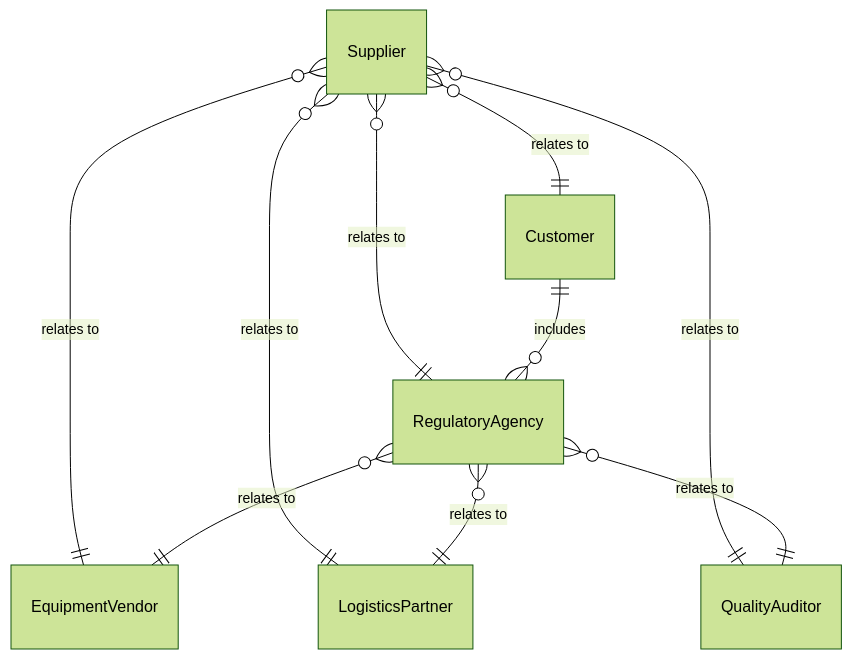
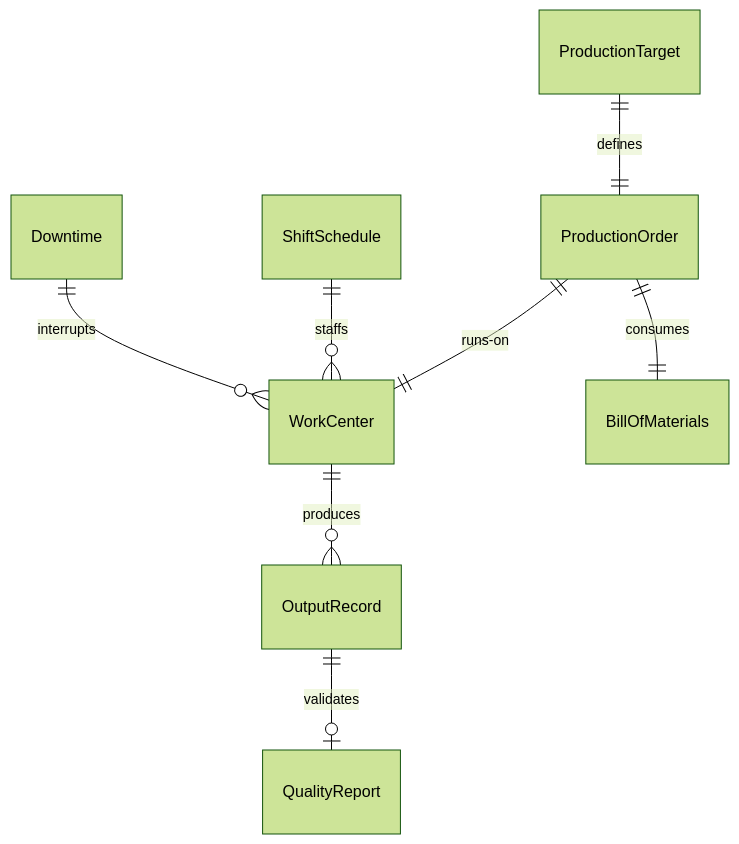
One commit to dot-org-ai/tasks.org.ai changed the first of 4 diagrams in GuidingDirectingAndMotivatingSubordinates/DirectOrganizationalOperationsActivitiesOrProcedures/DirectOperationalProductionActivities.mdx. Above: the diagram before and after it, drawn with Mermaid (forest theme). The commit also changed other lines of this file and 515 other files, not shown here.

````diff
--- a/GuidingDirectingAndMotivatingSubordinates/DirectOrganizationalOperationsActivitiesOrProcedures/DirectOperationalProductionActivities.mdx
+++ b/GuidingDirectingAndMotivatingSubordinates/DirectOrganizationalOperationsActivitiesOrProcedures/DirectOperationalProductionActivities.mdx
@@ -95,12 +95,10 @@
 ```mermaid
 erDiagram
-    Supplier }o--|| Customer : "relates to"
-    Supplier }o--|| RegulatoryAgency : "relates to"
-    Supplier }o--|| EquipmentVendor : "relates to"
-    Supplier }o--|| LogisticsPartner : "relates to"
-    Supplier }o--|| QualityAuditor : "relates to"
-    Customer ||--o{ RegulatoryAgency : includes
-    RegulatoryAgency }o--|| EquipmentVendor : "relates to"
-    RegulatoryAgency }o--|| LogisticsPartner : "relates to"
-    RegulatoryAgency }o--|| QualityAuditor : "relates to"
+    ProductionOrder ||--|| WorkCenter : "runs-on"
+    ProductionOrder ||--|| BillOfMaterials : "consumes"
+    ShiftSchedule ||--o{ WorkCenter : "staffs"
+    WorkCenter ||--o{ OutputRecord : "produces"
+    OutputRecord ||--o| QualityReport : "validates"
+    ProductionTarget ||--|| ProductionOrder : "defines"
+    Downtime ||--o{ WorkCenter : "interrupts"
 ```
````
